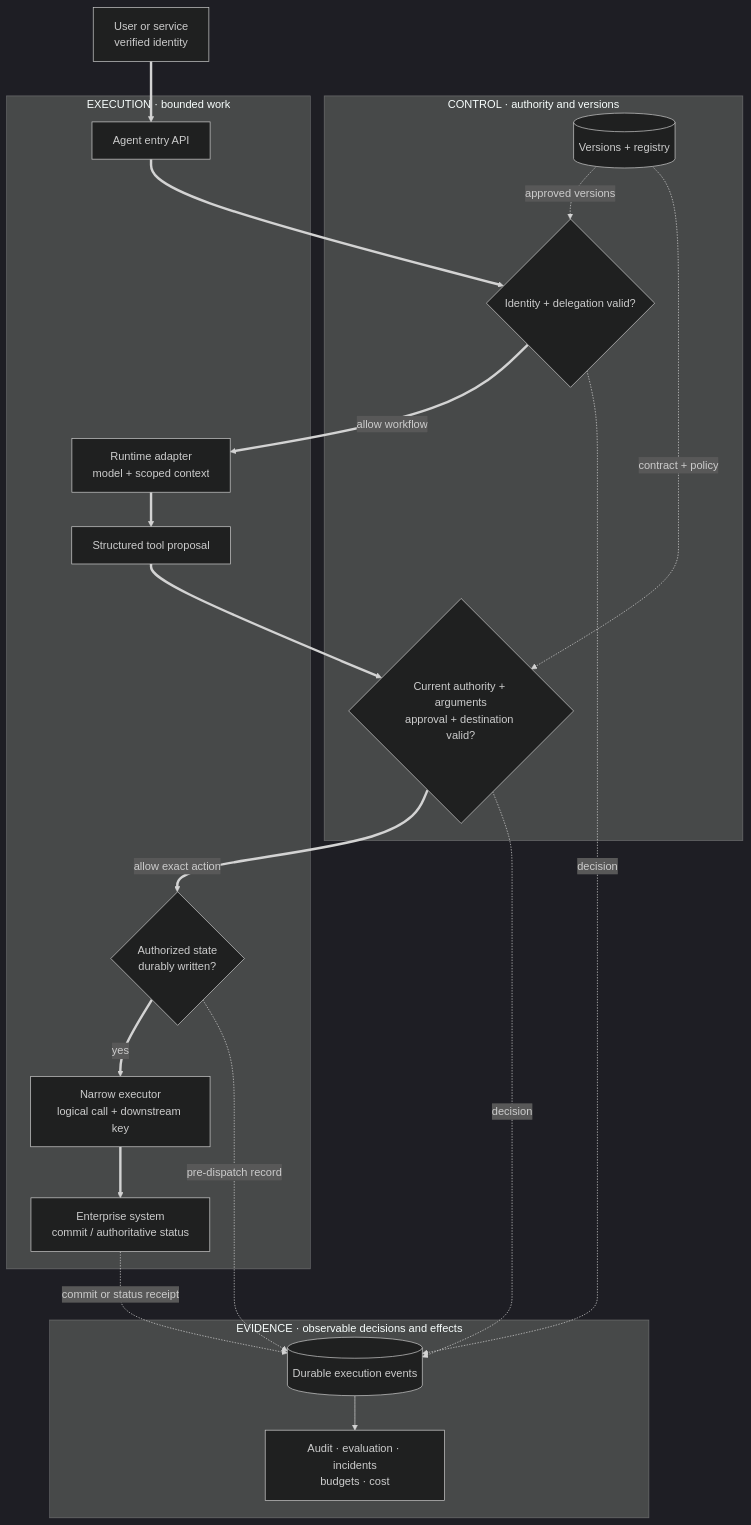
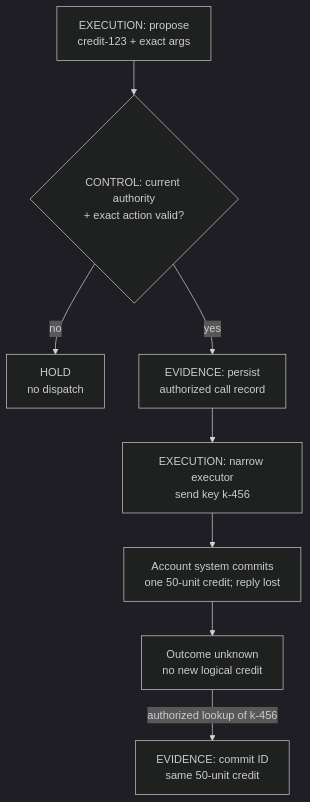
The diagram in src/content/posts/2026-08-29-design-enterprise-agent-platform.md (mlmentorship/mlmentorship.github.io), drawn with Mermaid (dark theme) before and after one commit. The commit also changed other lines of this file and 302 other files, not shown here.

````diff
--- a/src/content/posts/2026-08-29-design-enterprise-agent-platform.md
+++ b/src/content/posts/2026-08-29-design-enterprise-agent-platform.md
@@ -55,40 +66,17 @@
 ```mermaid
 flowchart TB
   accTitle: Control authorizes, execution performs, and evidence records an enterprise action
-  accDescr: An authenticated request enters a bounded runtime under explicit delegation. The runtime proposes structured tool arguments but receives no general action credential. Policy checks current authority, arguments and approval. Consequential dispatch waits for durable authorized state. A narrow executor invokes the enterprise system, whose commit or status lookup provides authoritative completion evidence. A lost response remains unknown until reconciliation. Evidence records decisions and effects but cannot itself authorize an action.
-  User["User or service<br/>verified identity"]
-  subgraph Control["CONTROL · authority and versions"]
-    Registry[("Versions + registry")]
-    Admission{"Identity + delegation valid?"}
-    Policy{"Current authority + arguments<br/>approval + destination valid?"}
-  end
-  subgraph Execution["EXECUTION · bounded work"]
-    Entry["Agent entry API"]
-    Runtime["Runtime adapter<br/>model + scoped context"]
-    Gateway["Structured tool proposal"]
-    Durable{"Authorized state<br/>durably written?"}
-    Executor["Narrow executor<br/>logical call + downstream key"]
-    Systems["Enterprise system<br/>commit / authoritative status"]
-  end
-  subgraph Evidence["EVIDENCE · observable decisions and effects"]
-    Events[("Durable execution events")]
-    Uses["Audit · evaluation · incidents<br/>budgets · cost"]
-    Events --> Uses
-  end
-  User ==> Entry ==> Admission
-  Admission ==>|"allow workflow"| Runtime
-  Runtime ==> Gateway ==> Policy
-  Policy ==>|"allow exact action"| Durable
-  Durable ==>|"yes"| Executor ==> Systems
-  Registry -. "approved versions" .-> Admission
-  Registry -. "contract + policy" .-> Policy
-  Admission -. "decision" .-> Events
-  Policy -. "decision" .-> Events
-  Durable -. "pre-dispatch record" .-> Events
-  Systems -. "commit or status receipt" .-> Events
-  class User,Entry viz-input
-  class Admission,Policy,Gateway,Durable viz-focus
-  class Registry,Events viz-state
-  class Runtime,Executor viz-neutral
-  class Systems,Uses viz-output
+  accDescr: Follow the same credit-123 call and downstream key k-456 as the preceding table. A model proposes exact arguments. Current identity, delegation, arguments, approval, and destination must pass control policy; failure holds the call without dispatch. Durable authorized state must exist before a narrow executor sends the call. In this example the account system commits one 50-unit credit but its reply is lost. The outcome remains unknown until an authorized status lookup of the same key returns the commit ID. An execution log or model explanation does not prove that effect.
+  Proposal["EXECUTION: propose<br/>credit-123 + exact args"] --> Policy{"CONTROL: current authority<br/>+ exact action valid?"}
+  Policy -->|no| Hold["HOLD<br/>no dispatch"]
+  Policy -->|yes| Durable["EVIDENCE: persist<br/>authorized call record"]
+  Durable --> Executor["EXECUTION: narrow executor<br/>send key k-456"]
+  Executor --> Systems["Account system commits<br/>one 50-unit credit; reply lost"]
+  Systems --> Unknown["Outcome unknown<br/>no new logical credit"]
+  Unknown -->|authorized lookup of k-456| Receipt["EVIDENCE: commit ID<br/>same 50-unit credit"]
+  class Proposal,Executor viz-neutral
+  class Policy,Hold,Unknown viz-focus
+  class Durable viz-state
+  class Systems,Receipt viz-output
+  class Proposal,Policy,Hold,Durable,Executor,Systems,Unknown,Receipt viz-fit
 ```
````
